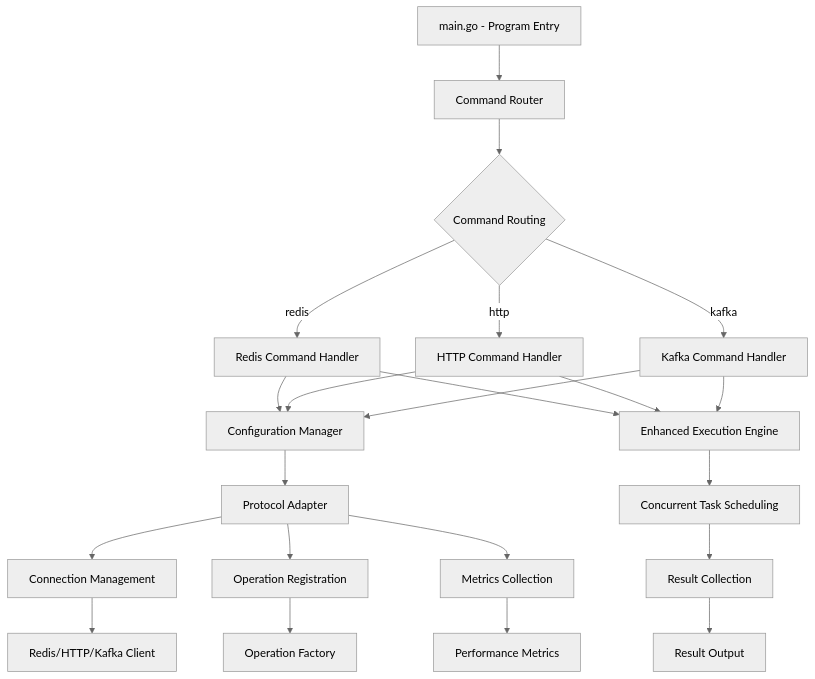
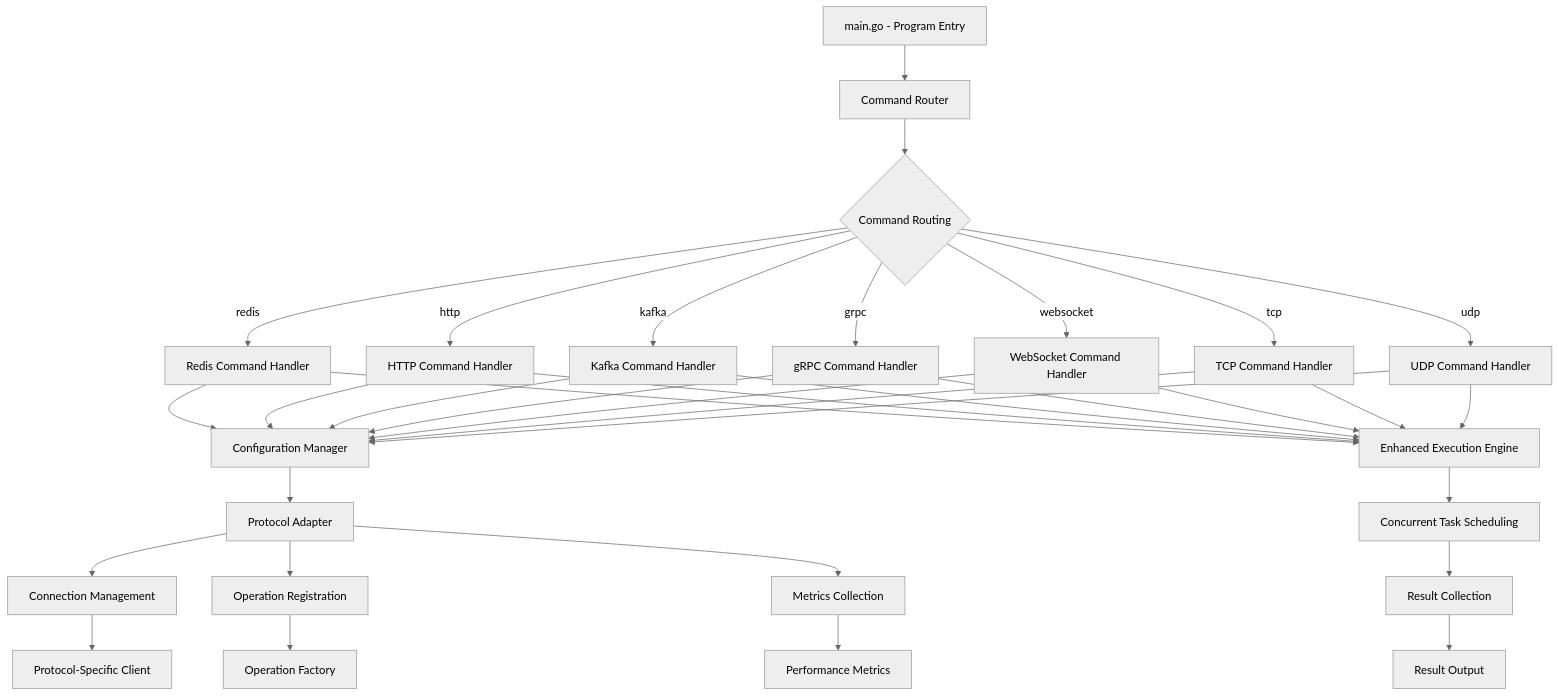
One commit to inRemark/abc-runner changed the first of 3 diagrams in docs/en/architecture/overview.md. Above: the diagram before and after it, drawn with Mermaid (neutral theme). The commit also changed other lines of this file and 21 other files, not shown here.

````diff
--- a/docs/en/architecture/overview.md
+++ b/docs/en/architecture/overview.md
@@ -9,24 +9,36 @@
 ```mermaid
 graph TD
     A[main.go - Program Entry] --> B[Command Router]
     B --> C{Command Routing}
     C --> |redis| D[Redis Command Handler]
-    C --> |http| E[HTTP Command Handler]
+    C --> |http| E[HTTP Command Handler] 
     C --> |kafka| F[Kafka Command Handler]
-    D --> G[Configuration Manager]
-    E --> G
-    F --> G
-    G --> H[Protocol Adapter]
-    H --> I[Connection Management]
-    H --> J[Operation Registration]
-    H --> K[Metrics Collection]
-    I --> L[Redis/HTTP/Kafka Client]
-    J --> M[Operation Factory]
-    K --> N[Performance Metrics]
-    D --> O[Enhanced Execution Engine]
-    E --> O
-    F --> O
-    O --> P[Concurrent Task Scheduling]
-    P --> Q[Result Collection]
-    Q --> R[Result Output]
+    C --> |grpc| G[gRPC Command Handler]
+    C --> |websocket| H[WebSocket Command Handler]
+    C --> |tcp| I[TCP Command Handler]
+    C --> |udp| J[UDP Command Handler]
+    D --> K[Configuration Manager]
+    E --> K
+    F --> K
+    G --> K
+    H --> K
+    I --> K
+    J --> K
+    K --> L[Protocol Adapter]
+    L --> M[Connection Management]
+    L --> N[Operation Registration]
+    L --> O[Metrics Collection]
+    M --> P[Protocol-Specific Client]
+    N --> Q[Operation Factory]
+    O --> R[Performance Metrics]
+    D --> S[Enhanced Execution Engine]
+    E --> S
+    F --> S
+    G --> S
+    H --> S
+    I --> S
+    J --> S
+    S --> T[Concurrent Task Scheduling]
+    T --> U[Result Collection]
+    U --> V[Result Output]
 ```
````
